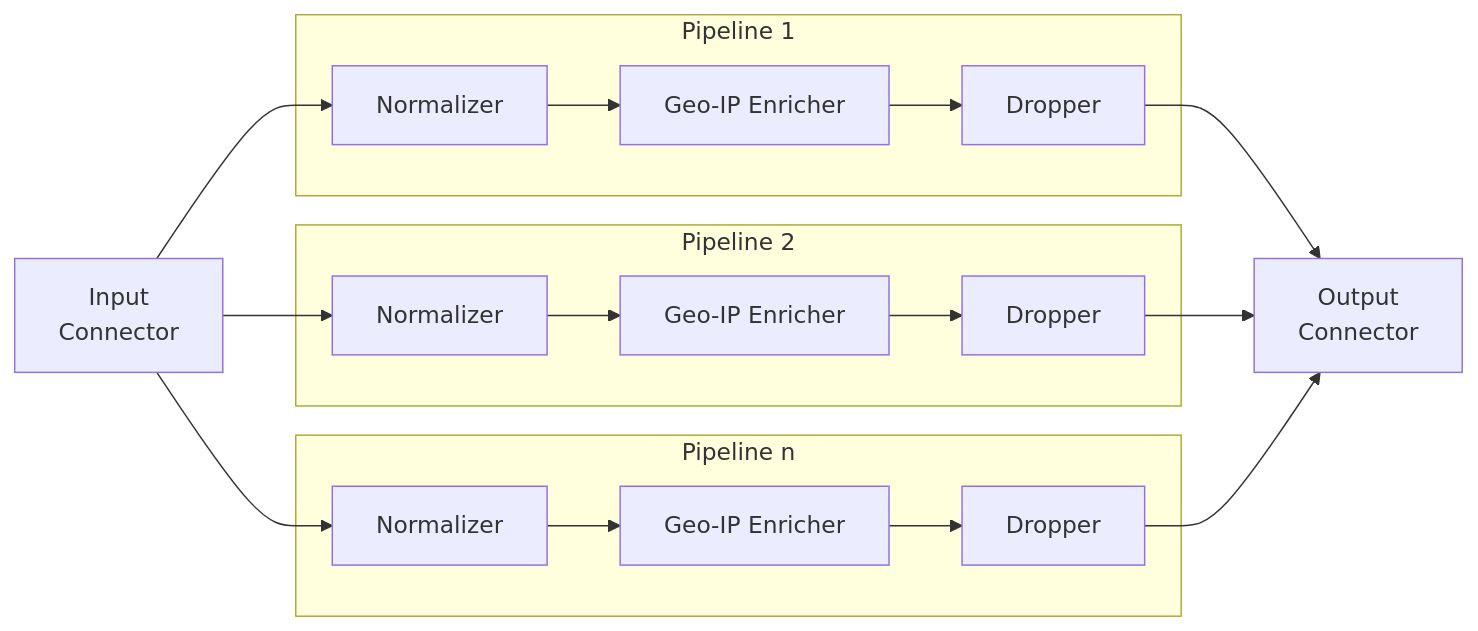
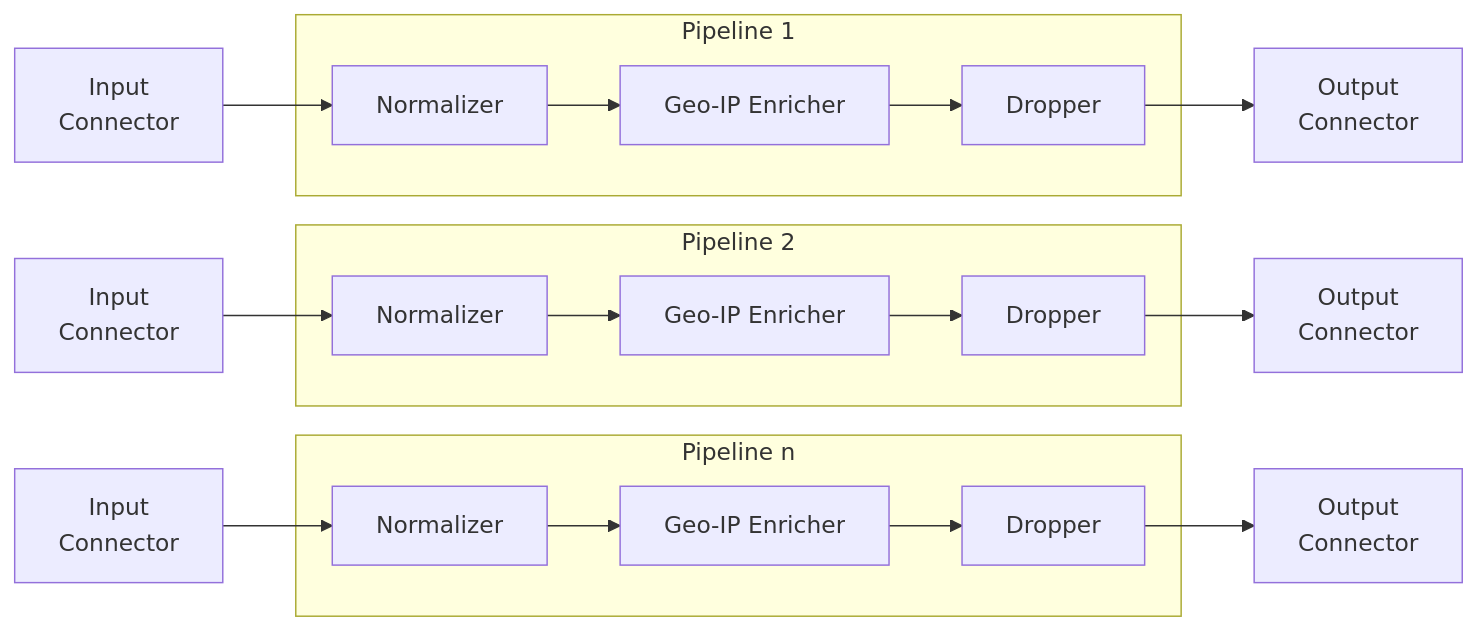
The first of 2 diagrams in README.md (fkie-cad/Logprep), drawn with Mermaid before and after one commit. The commit also changed other lines of this file and 2 other files, not shown here.

````diff
--- a/README.md
+++ b/README.md
@@ -55,21 +55,21 @@
 ```mermaid
 flowchart LR
-A[Input\nConnector] --> B
-A[Input\nConnector] --> C
-A[Input\nConnector] --> D
+A1[Input\nConnector] --> B
+A2[Input\nConnector] --> C
+A3[Input\nConnector] --> D
 subgraph Pipeline 1
 B[Normalizer] --> E[Geo-IP Enricher]
 E --> F[Dropper] 
 end
 subgraph Pipeline 2
 C[Normalizer] --> G[Geo-IP Enricher]
 G --> H[Dropper] 
 end
 subgraph Pipeline n
 D[Normalizer] --> I[Geo-IP Enricher]
 I --> J[Dropper] 
 end
-F --> K[Output\nConnector]
-H --> K[Output\nConnector]
-J --> K[Output\nConnector]
+F --> K1[Output\nConnector]
+H --> K2[Output\nConnector]
+J --> K3[Output\nConnector]
 ```
````
